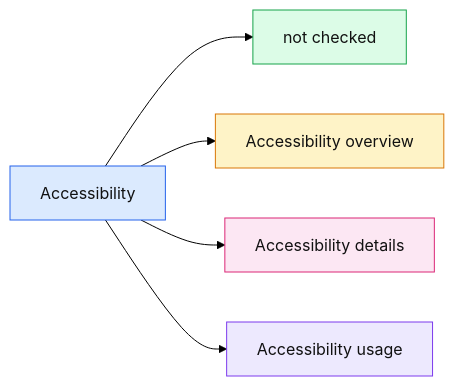
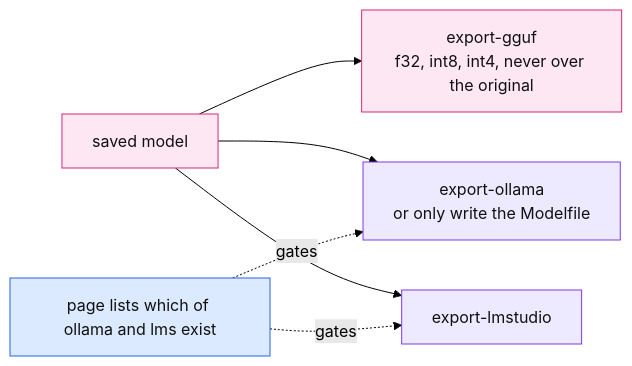
Diagram 13 of 21 in docs/gui.md (thomascherickal/ferrum-gpu), drawn with Mermaid (forest theme) before and after one commit. The commit also changed other lines of this file and 4 other files, not shown here.

First line of the commit message:
docs: hand-drawn data-flow diagrams for the readme, architecture and GUI pages

````diff
--- a/docs/gui.md
+++ b/docs/gui.md
@@ -140,13 +219,13 @@
 ```mermaid
 flowchart LR
-    a["Accessibility"]:::root
-    a --> n0["not checked"]:::c0
-    a --> n1["Accessibility overview"]:::c1
-    a --> n2["Accessibility details"]:::c2
-    a --> n3["Accessibility usage"]:::c3
-    classDef root fill:#dbeafe,stroke:#2563eb,color:#111
-    classDef c0 fill:#dcfce7,stroke:#16a34a,color:#111
-    classDef c1 fill:#fef3c7,stroke:#d97706,color:#111
-    classDef c2 fill:#fce7f3,stroke:#db2777,color:#111
-    classDef c3 fill:#ede9fe,stroke:#7c3aed,color:#111
+    m["saved model"]:::io --> eg["export-gguf<br/>f32, int8, int4, never over the original"]:::io
+    m --> eo["export-ollama<br/>or only write the Modelfile"]:::host
+    m --> el["export-lmstudio"]:::host
+    t["page lists which of ollama and lms exist"]:::core -. gates .-> eo
+    t -. gates .-> el
+    classDef core fill:#dbeafe,stroke:#2563eb,color:#111
+    classDef gpu fill:#dcfce7,stroke:#16a34a,color:#111
+    classDef cpu fill:#fef3c7,stroke:#d97706,color:#111
+    classDef io fill:#fce7f3,stroke:#db2777,color:#111
+    classDef host fill:#ede9fe,stroke:#7c3aed,color:#111
 ```
````
